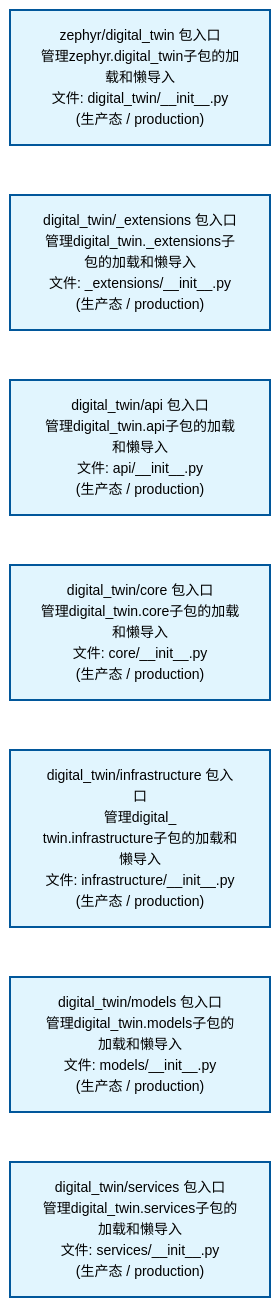
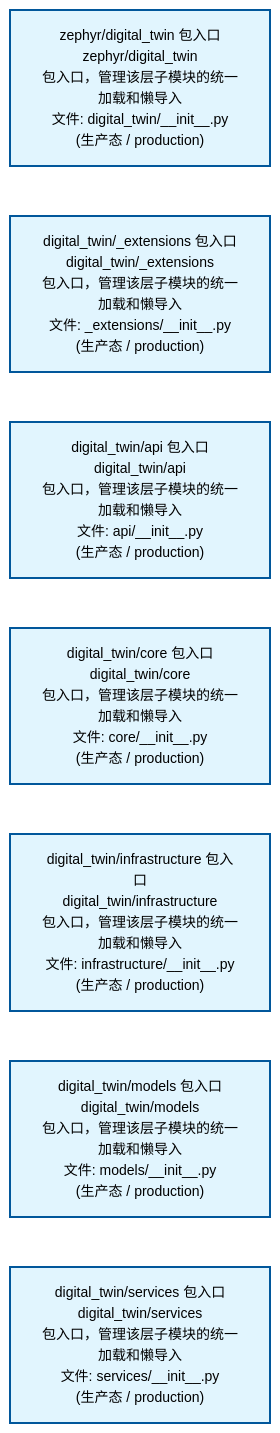
One commit to xuanFelixVan/ZephyrAlpha changed the first of 2 diagrams in docs/02_enterprise_architecture/02_domain_architecture_docs/42_d_digital_twin.md. Above: the diagram before and after it, drawn with Mermaid. The commit also changed other lines of this file and 58 other files, not shown here.

````diff
--- a/docs/02_enterprise_architecture/02_domain_architecture_docs/42_d_digital_twin.md
+++ b/docs/02_enterprise_architecture/02_domain_architecture_docs/42_d_digital_twin.md
@@ -53,22 +53,22 @@
 ```mermaid
 %%{init: {'theme': 'base', 'themeVariables': {'primaryColor': '#eaeaea', 'primaryTextColor': '#333333', 'primaryBorderColor': '#666666', 'lineColor': '#666666', 'secondaryColor': '#eaeaea', 'tertiaryColor': '#eaeaea', 'fontSize': '14px'}}}%%
 flowchart TD
-    src_zephyr_digital_twin_init_py["zephyr/digital_twin 包入口<br/>管理zephyr.digital_twin子包的加载和懒导入<br/>文件: digital_twin/__init__.py<br/>(生产态 / production)"]
-    src_zephyr_digital_twin_extensions_init_py["digital_twin/_extensions 包入口<br/>管理digital_twin._extensions子包的加载和懒导入<br/>文件: _extensions/__init__.py<br/>(生产态 / production)"]
-    src_zephyr_digital_twin_api_init_py["digital_twin/api 包入口<br/>管理digital_twin.api子包的加载和懒导入<br/>文件: api/__init__.py<br/>(生产态 / production)"]
-    src_zephyr_digital_twin_core_init_py["digital_twin/core 包入口<br/>管理digital_twin.core子包的加载和懒导入<br/>文件: core/__init__.py<br/>(生产态 / production)"]
-    src_zephyr_digital_twin_infrastructure_init_py["digital_twin/infrastructure 包入口<br/>管理digital_<br/>twin.infrastructure子包的加载和懒导入<br/>文件: infrastructure/__init__.py<br/>(生产态 / production)"]
-    src_zephyr_digital_twin_models_init_py["digital_twin/models 包入口<br/>管理digital_twin.models子包的加载和懒导入<br/>文件: models/__init__.py<br/>(生产态 / production)"]
-    src_zephyr_digital_twin_services_init_py["digital_twin/services 包入口<br/>管理digital_twin.services子包的加载和懒导入<br/>文件: services/__init__.py<br/>(生产态 / production)"]
+    src_zephyr_digital_twin_init_py["zephyr/digital_twin 包入口<br/>zephyr/digital_twin<br/>包入口，管理该层子模块的统一加载和懒导入<br/>文件: digital_twin/__init__.py<br/>(生产态 / production)"]
+    src_zephyr_digital_twin_extensions_init_py["digital_twin/_extensions 包入口<br/>digital_twin/_extensions<br/>包入口，管理该层子模块的统一加载和懒导入<br/>文件: _extensions/__init__.py<br/>(生产态 / production)"]
+    src_zephyr_digital_twin_api_init_py["digital_twin/api 包入口<br/>digital_twin/api<br/>包入口，管理该层子模块的统一加载和懒导入<br/>文件: api/__init__.py<br/>(生产态 / production)"]
+    src_zephyr_digital_twin_core_init_py["digital_twin/core 包入口<br/>digital_twin/core<br/>包入口，管理该层子模块的统一加载和懒导入<br/>文件: core/__init__.py<br/>(生产态 / production)"]
+    src_zephyr_digital_twin_infrastructure_init_py["digital_twin/infrastructure 包入口<br/>digital_twin/infrastructure<br/>包入口，管理该层子模块的统一加载和懒导入<br/>文件: infrastructure/__init__.py<br/>(生产态 / production)"]
+    src_zephyr_digital_twin_models_init_py["digital_twin/models 包入口<br/>digital_twin/models<br/>包入口，管理该层子模块的统一加载和懒导入<br/>文件: models/__init__.py<br/>(生产态 / production)"]
+    src_zephyr_digital_twin_services_init_py["digital_twin/services 包入口<br/>digital_twin/services<br/>包入口，管理该层子模块的统一加载和懒导入<br/>文件: services/__init__.py<br/>(生产态 / production)"]
     src_zephyr_digital_twin_init_py ~~~ src_zephyr_digital_twin_extensions_init_py
     src_zephyr_digital_twin_extensions_init_py ~~~ src_zephyr_digital_twin_api_init_py
     src_zephyr_digital_twin_api_init_py ~~~ src_zephyr_digital_twin_core_init_py
     src_zephyr_digital_twin_core_init_py ~~~ src_zephyr_digital_twin_infrastructure_init_py
     src_zephyr_digital_twin_infrastructure_init_py ~~~ src_zephyr_digital_twin_models_init_py
     src_zephyr_digital_twin_models_init_py ~~~ src_zephyr_digital_twin_services_init_py
     classDef production fill:#e1f5fe,stroke:#01579b,stroke-width:2px,color:#000
     classDef design fill:#fff3e0,stroke:#e65100,stroke-width:2px,color:#000,stroke-dasharray: 5 5
     classDef external_prod fill:#e8f4fd,stroke:#0277bd,stroke-width:1px,color:#000
     classDef external_design fill:#fff8e7,stroke:#ef6c00,stroke-width:1px,color:#000,stroke-dasharray: 5 5
     class src_zephyr_digital_twin_init_py,src_zephyr_digital_twin_extensions_init_py,src_zephyr_digital_twin_api_init_py,src_zephyr_digital_twin_core_init_py,src_zephyr_digital_twin_infrastructure_init_py,src_zephyr_digital_twin_models_init_py,src_zephyr_digital_twin_services_init_py production
 ```
````
